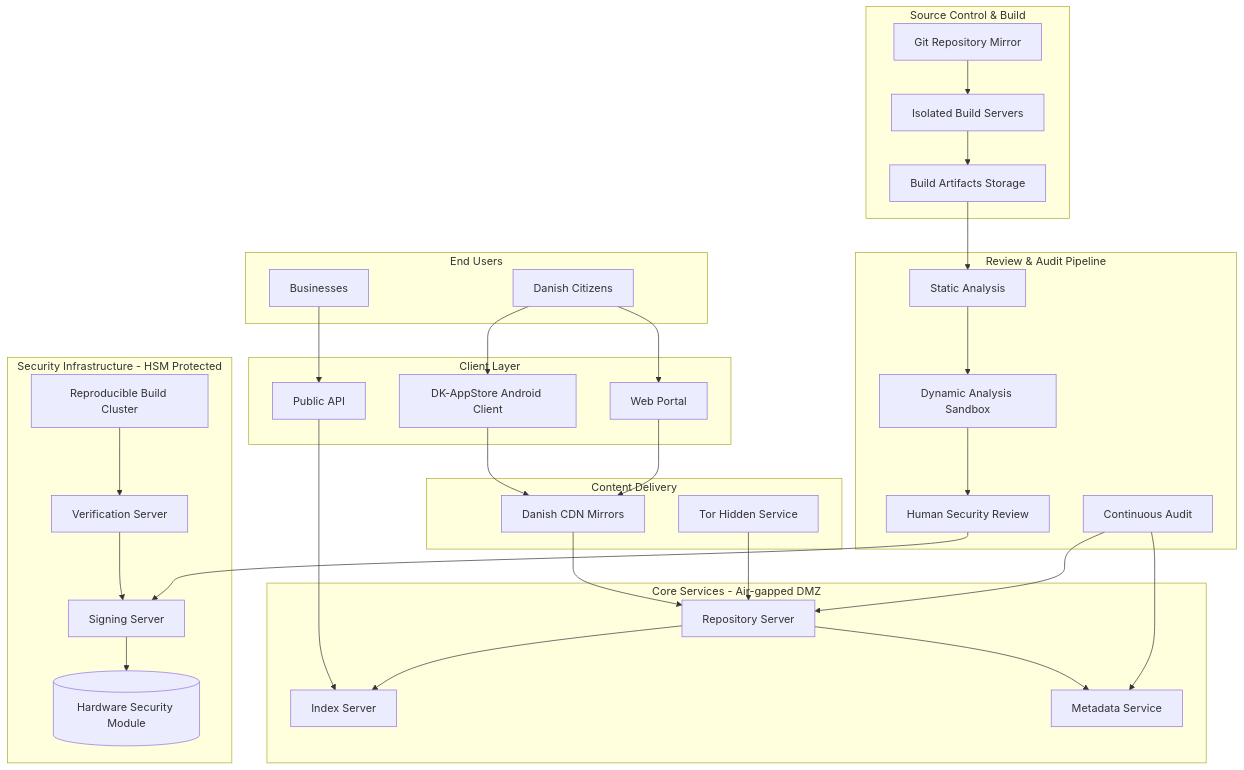
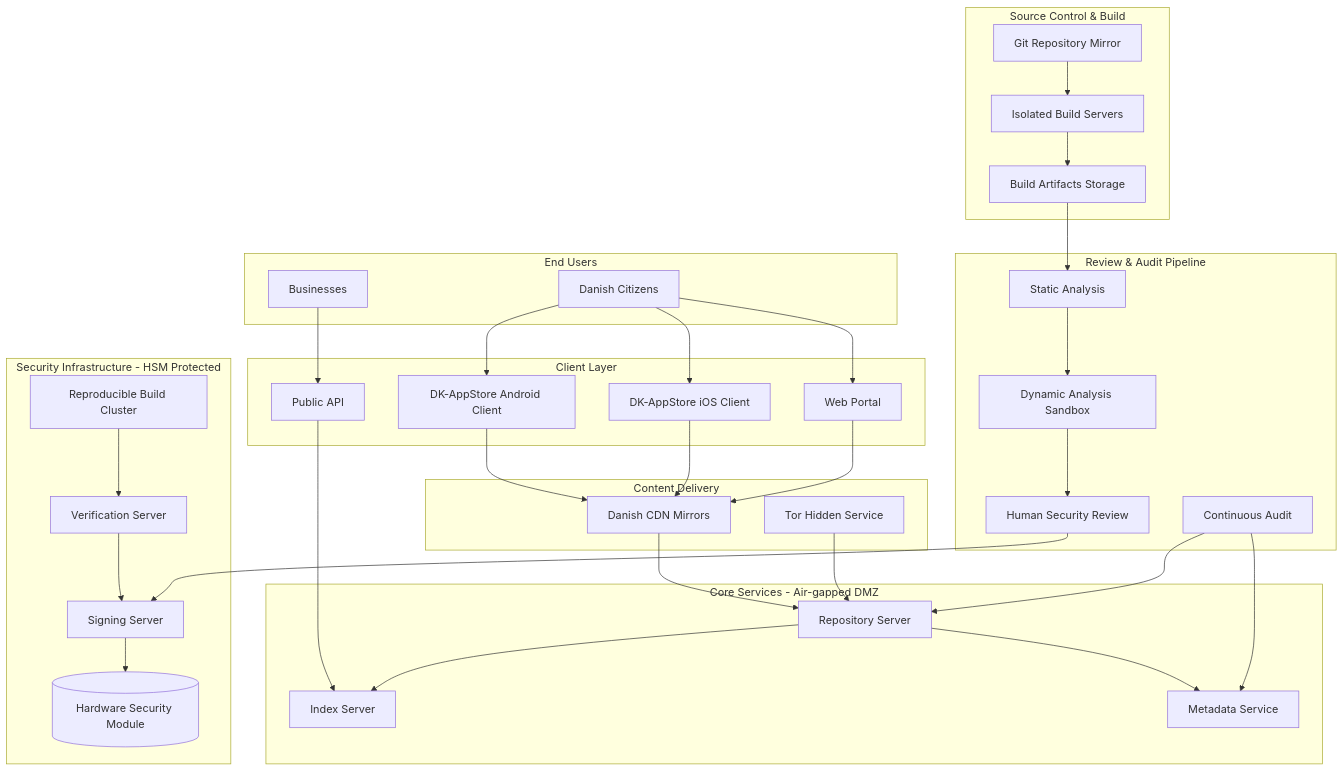
One commit to mfhens/digstdroid changed the first of 22 diagrams in ARCHITECTURE.md. Above: the diagram before and after it, drawn with Mermaid. The commit also changed other lines of this file and 4 other files, not shown here.

Commit message:
docs(architecture): add iOS client, shared client-core, and ADR-002; update SECURITY contact and commit guidelines

````diff
--- a/ARCHITECTURE.md
+++ b/ARCHITECTURE.md
@@ -117,72 +117,75 @@
 ```mermaid
 flowchart TB
     subgraph Users["End Users"]
         citizen[Danish Citizens]
         business[Businesses]
     end
 
     subgraph ClientLayer["Client Layer"]
         android[DK-AppStore Android Client]
+        ios[DK-AppStore iOS Client]
         webapp[Web Portal]
         api[Public API]
     end
 
     subgraph CDN["Content Delivery"]
         mirrors[Danish CDN Mirrors]
         tor[Tor Hidden Service]
     end
 
     subgraph CoreServices["Core Services - Air-gapped DMZ"]
         index[Index Server]
         repo[Repository Server]
         metadata[Metadata Service]
     end
 
     subgraph SecurityInfra["Security Infrastructure - HSM Protected"]
         signing[Signing Server]
         hsm[(Hardware Security Module)]
         verify[Verification Server]
         rbuild[Reproducible Build Cluster]
     end
 
     subgraph ReviewPipeline["Review & Audit Pipeline"]
         static[Static Analysis]
         dynamic[Dynamic Analysis Sandbox]
         manual[Human Security Review]
         audit[Continuous Audit]
     end
 
     subgraph SourceControl["Source Control & Build"]
         git[Git Repository Mirror]
         buildserver[Isolated Build Servers]
         artifacts[Build Artifacts Storage]
     end
 
     citizen --> android
+    citizen --> ios
     citizen --> webapp
     business --> api
 
     android --> mirrors
+    ios --> mirrors
     webapp --> mirrors
     api --> index
 
     mirrors --> repo
     tor --> repo
 
     repo --> index
     repo --> metadata
 
     signing --> hsm
     verify --> signing
     rbuild --> verify
 
     git --> buildserver
     buildserver --> artifacts
     artifacts --> static
     static --> dynamic
     dynamic --> manual
     manual --> signing
 
     audit --> repo
     audit --> metadata
 ```
````
